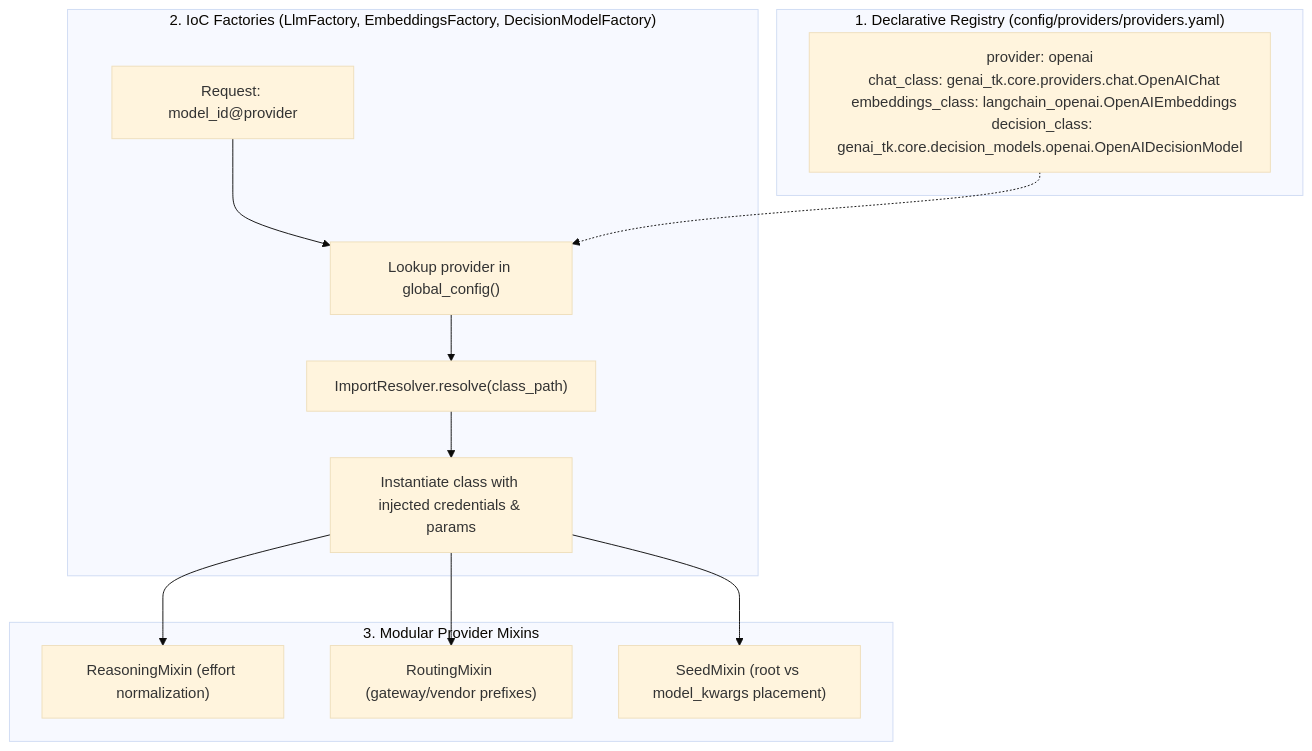
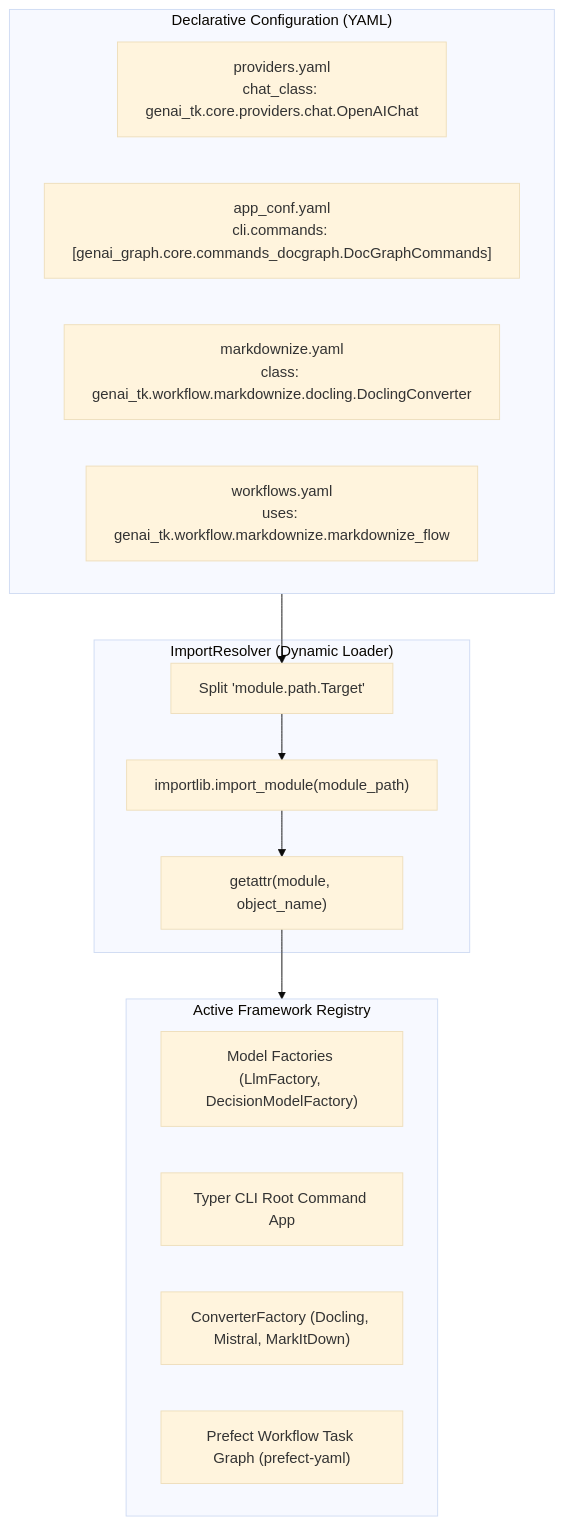
The diagram in docs/design/02_ioc_provider_architecture.md (tclatos/genai-tk), drawn with Mermaid (base theme) before and after one commit. The commit also changed other lines of this file and 5 other files, not shown here.

````diff
--- a/docs/design/02_ioc_provider_architecture.md
+++ b/docs/design/02_ioc_provider_architecture.md
@@ -30,19 +33,27 @@
 ```mermaid
 flowchart TD
-    subgraph Config["1. Declarative Registry (config/providers/providers.yaml)"]
-        CONF["provider: openai\n  chat_class: genai_tk.core.providers.chat.OpenAIChat\n  embeddings_class: langchain_openai.OpenAIEmbeddings\n  decision_class: genai_tk.core.decision_models.openai.OpenAIDecisionModel"]
+    subgraph Config["Declarative Configuration (YAML)"]
+        CONF_PROV["providers.yaml\nchat_class: genai_tk.core.providers.chat.OpenAIChat"]
+        CONF_CLI["app_conf.yaml\ncli.commands: [genai_graph.core.commands_docgraph.DocGraphCommands]"]
+        CONF_CONV["markdownize.yaml\nclass: genai_tk.workflow.markdownize.docling.DoclingConverter"]
+        CONF_WF["workflows.yaml\nuses: genai_tk.workflow.markdownize.markdownize_flow"]
     end
 
-    subgraph Factory["2. IoC Factories (LlmFactory, EmbeddingsFactory, DecisionModelFactory)"]
-        REQ["Request: model_id@provider"] --> LOOKUP["Lookup provider in global_config()"]
-        CONF -.-> LOOKUP
-        LOOKUP --> RESOLVE["ImportResolver.resolve(class_path)"]
-        RESOLVE --> INSTANTIATE["Instantiate class with injected credentials & params"]
+    subgraph Resolver["ImportResolver (Dynamic Loader)"]
+        PARSE["Split 'module.path.Target'"]
+        IMPORT["importlib.import_module(module_path)"]
+        GETATTR["getattr(module, object_name)"]
     end
 
-    subgraph Mixins["3. Modular Provider Mixins"]
-        INSTANTIATE --> MIX_REASON["ReasoningMixin (effort normalization)"]
-        INSTANTIATE --> MIX_ROUTE["RoutingMixin (gateway/vendor prefixes)"]
-        INSTANTIATE --> MIX_SEED["SeedMixin (root vs model_kwargs placement)"]
+    subgraph Runtime["Active Framework Registry"]
+        REG_LLM["Model Factories (LlmFactory, DecisionModelFactory)"]
+        REG_CLI["Typer CLI Root Command App"]
+        REG_CONV["ConverterFactory (Docling, Mistral, MarkItDown)"]
+        REG_WF["Prefect Workflow Task Graph (prefect-yaml)"]
     end
+
+    Config --> PARSE
+    PARSE --> IMPORT
+    IMPORT --> GETATTR
+    GETATTR --> Runtime
 ```
````
